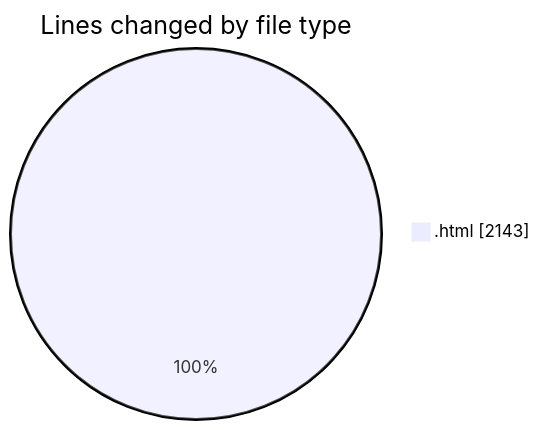
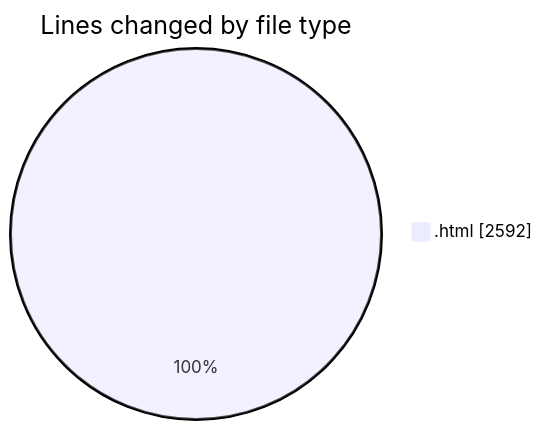
Before and after one commit to Ritupan-Deka/code-tracking: the first of 2 diagrams in 2025-05-21/filetransfer/README.md, drawn with Mermaid. The commit also changed other lines of this file and 1 other file, not shown here.

````diff
--- a/2025-05-21/filetransfer/README.md
+++ b/2025-05-21/filetransfer/README.md
@@ -23,5 +23,5 @@
 ```mermaid
 pie showData
 title Lines changed by file type
-".html" : 2143
+".html" : 2592
 ```
````
